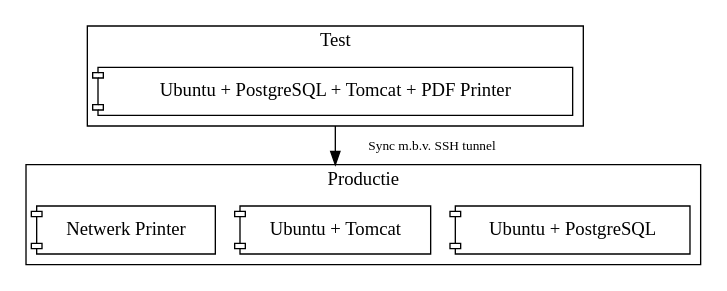
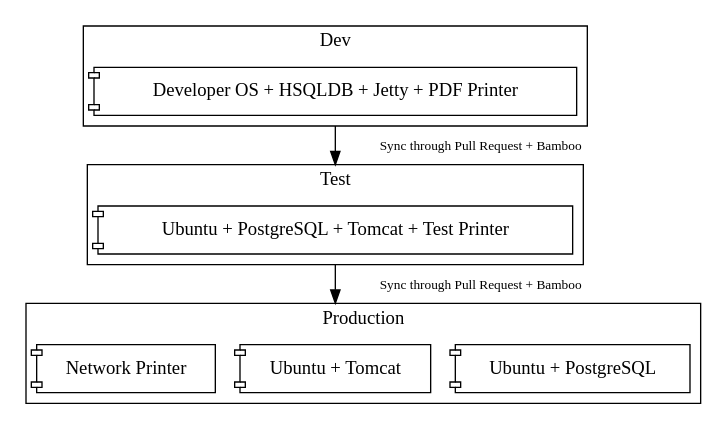
The diagram in doc/technical/hardware_mapping.dot (thijsiisg/delivery), drawn with Graphviz before and after one commit. The commit also changed 3 other files, not shown here.

```diff
--- a/doc/technical/hardware_mapping.dot
+++ b/doc/technical/hardware_mapping.dot
@@ -1,41 +1,37 @@
 digraph G {
     compound = true
 
 	node [shape=component]
 
     edge [
         labeldistance = 4
         arrowhead = normal
         arrowtail = normal
         fontsize = 10
     ]
 
-	//subgraph cluster_Repo {
-	//	RepoAll [label = "SVN Repository"]
-	//	
-	//}
 
 	subgraph cluster_Production {
 		ProdDB [label="Ubuntu + PostgreSQL"]
 		ProdProg [label="Ubuntu + Tomcat"]
-        ProdPrinter [label="Netwerk Printer"]
-		label = "Productie"
+        ProdPrinter [label="Network Printer"]
+		label = "Production"
 	}
 
 	subgraph cluster_Test {
-		TestAll [label="Ubuntu + PostgreSQL + Tomcat + PDF Printer"]
+		TestAll [label="Ubuntu + PostgreSQL + Tomcat + Test Printer"]
 		label = "Test"
 	}
+	subgraph cluster_Dev {
+		DevAll [label="Developer OS + HSQLDB + Jetty + PDF Printer"]
+		label = "Dev"
+	}
     
-	//subgraph cluster_Dev {
-	//	DevAll [label="OS naar keuze + PostgreSQL + Jetty"]
-    //    DevPrinter [label="Netwerk Printer"]
-	//	label = "Ontwikkelomgeving"
-	//}
 
 
-    TestAll -> ProdProg [label="     Sync m.b.v. SSH tunnel",ltail=cluster_Test,lhead=cluster_Production]
+    DevAll -> TestAll [label="     Sync through Pull Request + Bamboo",ltail=cluster_Dev,lhead=cluster_Test]
+    TestAll -> ProdProg [label="     Sync through Pull Request + Bamboo",ltail=cluster_Test,lhead=cluster_Production]
     //TestAll -> RepoAll [label="Update",ltail=cluster_Test]
     //DevAll -> RepoAll [label="Commit",ltail=cluster_Dev]
 
 }
```
